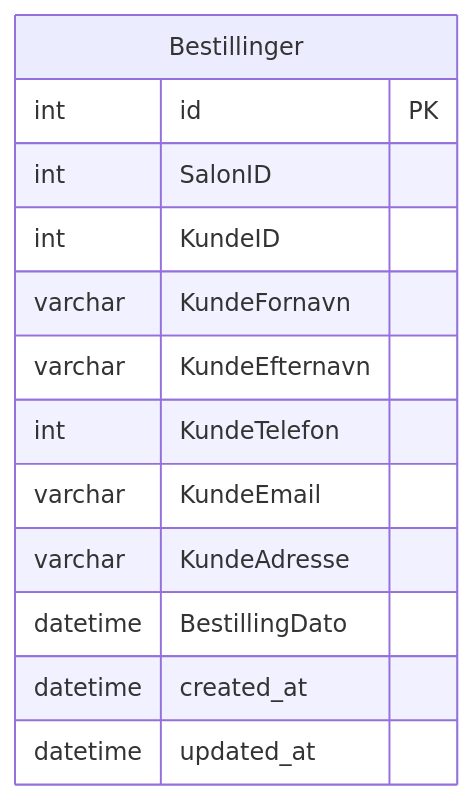
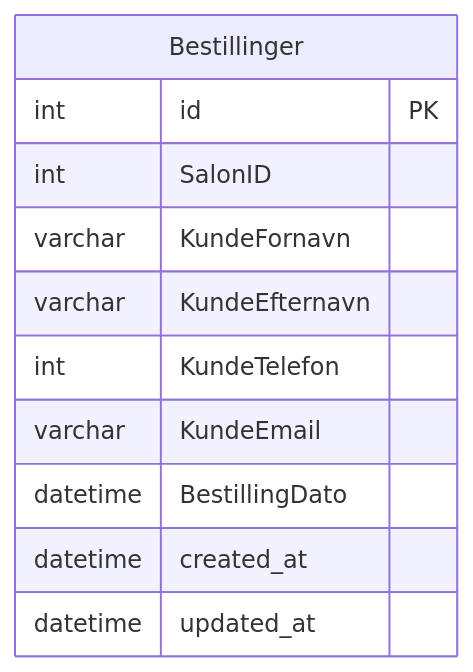
Before and after one commit to Christian-Kasper-Nikolaj-H3/Cut-n-go: the diagram in Documentation/Database.md, drawn with Mermaid. The commit also changed 1 other file, not shown here.

Commit message:
Add Sequelize model for `Bestillinger` and update Database documentation

````diff
--- a/Documentation/Database.md
+++ b/Documentation/Database.md
@@ -1,18 +1,16 @@
 ```mermaid
 erDiagram
     Bestillinger {
         int id PK
         int SalonID
         
-        int KundeID
         varchar KundeFornavn
         varchar KundeEfternavn
         int KundeTelefon
         varchar KundeEmail
-        varchar KundeAdresse
         datetime BestillingDato
         
         datetime created_at
         datetime updated_at
     }
 ```
````
